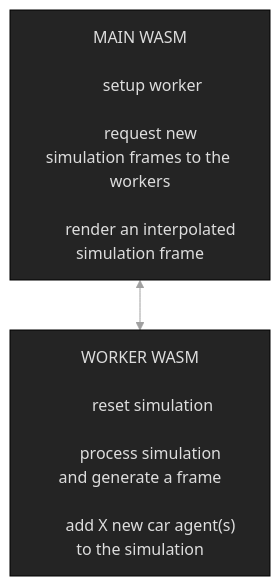
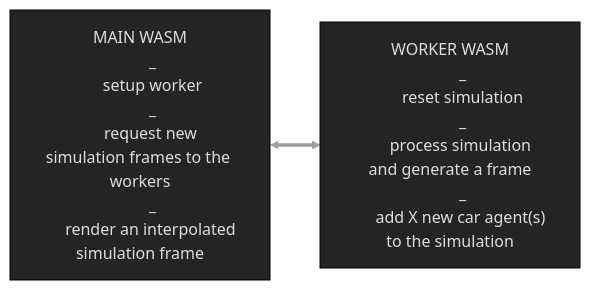
Before and after one commit to GuillaumeBouchetEpitech/self-learning-3d-cars: the third of 4 diagrams in README.md, drawn with Mermaid.

Commit message:
fix: one diagram on the readme was messed up

````diff
--- a/README.md
+++ b/README.md
@@ -129,42 +129,42 @@
 ```mermaid
 
 %%{
   init: {
     'theme': 'base',
     'themeVariables': {
       'primaryColor': '#242424',
       'primaryTextColor': '#DDD',
       'primaryBorderColor': '#000',
       'lineColor': '#A0A0A0',
       'secondaryColor': '#454545',
       'tertiaryColor': '#353535'
     }
   }
 }%%
 
-  flowchart TB
+  flowchart LR
 
 
     main["
       MAIN WASM
-
+      _
       setup worker
-
+      _
       request new simulation frames to the workers
-
+      _
       render an interpolated simulation frame
     "]
 
     worker["
       WORKER WASM
-
+      _
       reset simulation
-
+      _
       process simulation and generate a frame
-
+      _
       add X new car agent(s) to the simulation
     "]
 
-    main <--> worker
+    main <==> worker
 
 ```
````
